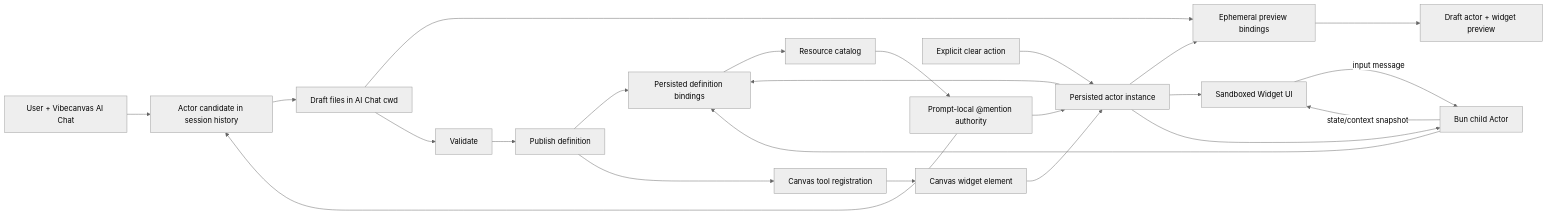
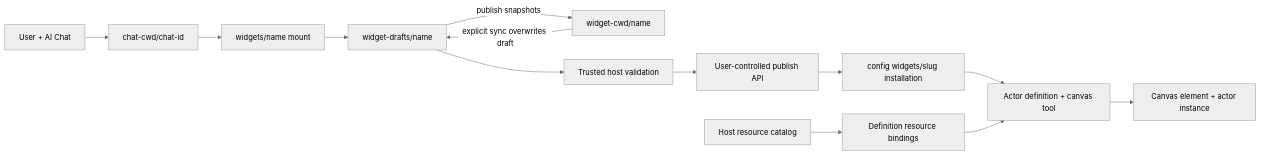
One commit to omnidraw/omnidraw changed the diagram in docs/internal/llm.widget-system.md. Above: the diagram before and after it, drawn with Mermaid (neutral theme). The commit also changed other lines of this file and 77 other files, not shown here.

````diff
--- a/docs/internal/llm.widget-system.md
+++ b/docs/internal/llm.widget-system.md
@@ -18,25 +14,15 @@
 ```mermaid
 flowchart LR
-  U["User + Vibecanvas AI Chat"] --> C["Actor candidate in session history"]
-  C --> D["Draft files in AI Chat cwd"]
-  R["Resource catalog"] --> M["Prompt-local @mention authority"]
-  M --> C
-  M --> I["Persistent draft binding intent"]
-  CLR["Explicit clear action"] --> I
-  I --> P["Ephemeral preview bindings"]
-  D --> P
-  P --> A["Draft actor + widget preview"]
-  D --> V["Validate"]
-  V --> PUB["Publish definition"]
-  I --> B["Persisted definition bindings"]
-  PUB --> B
-  PUB --> T["Canvas tool registration"]
-  T --> E["Canvas widget element"]
-  E --> I["Persisted actor instance"]
-  I --> W["Sandboxed Widget UI"]
-  I --> X["Bun child Actor"]
-  X --> B
-  B --> R
-  W -->|"input message"| X
-  X -->|"state/context snapshot"| W
+  U["User + AI Chat"] --> C["chat-cwd/chat-id"]
+  C --> M["widgets/name mount"]
+  M --> D["widget-drafts/name"]
+  P["widget-cwd/name"] -->|"explicit sync overwrites draft"| D
+  D --> V["Trusted host validation"]
+  V --> H["User-controlled publish API"]
+  D -->|"publish snapshots"| P
+  H --> I["config widgets/slug installation"]
+  I --> A["Actor definition + canvas tool"]
+  A --> E["Canvas element + actor instance"]
+  R["Host resource catalog"] --> B["Definition resource bindings"]
+  B --> A
 ```
````
